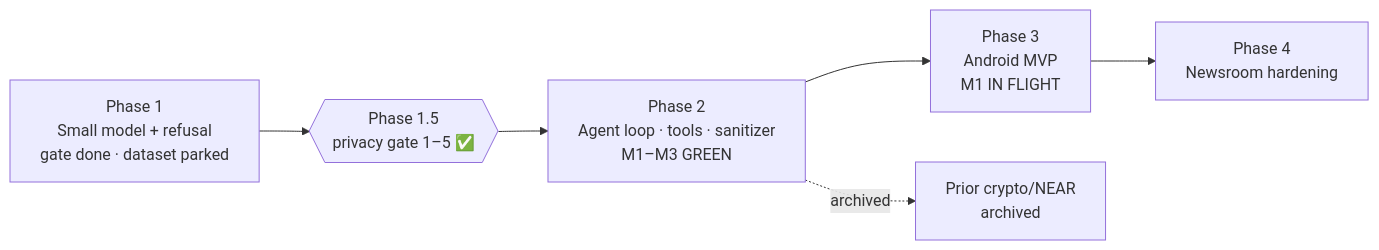
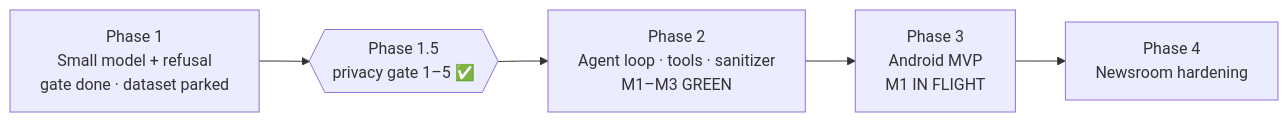
Before and after one commit to 9lordisgod/salomon: the diagram in ROADMAP.md, drawn with Mermaid. The commit also changed other lines of this file and 3 other files, not shown here.

Commit message:
docs: pure AI scrub — README niche STATUS ROADMAP

````diff
--- a/ROADMAP.md
+++ b/ROADMAP.md
@@ -6,8 +6,7 @@
 ```mermaid
 flowchart LR
   P1[Phase 1<br/>Small model + refusal<br/>gate done · dataset parked] --> G{{Phase 1.5<br/>privacy gate 1–5 ✅}}
   G --> P2[Phase 2<br/>Agent loop · tools · sanitizer<br/>M1–M3 GREEN]
   P2 --> P3[Phase 3<br/>Android MVP<br/>M1 IN FLIGHT]
   P3 --> P4[Phase 4<br/>Newsroom hardening]
-  P2 -.archived.-> X[Prior crypto/NEAR<br/>archived]
 ```
````
